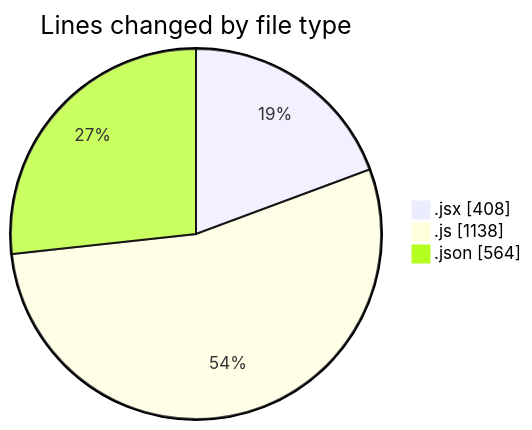
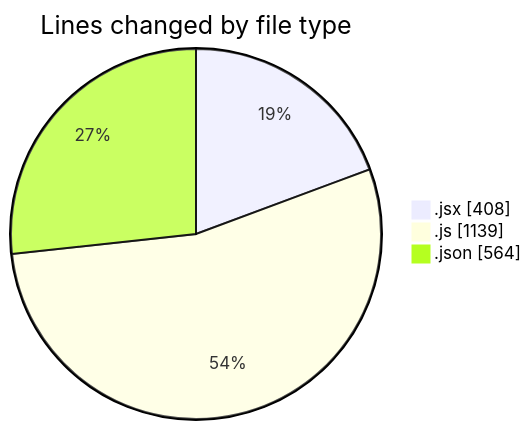
Before and after one commit to nxtqubesakshisongat/code-tracking: the first of 2 diagrams in 2025-06-27/nxtqube_webapp/README.md, drawn with Mermaid. The commit also changed other lines of this file and 1 other file, not shown here.

````diff
--- a/2025-06-27/nxtqube_webapp/README.md
+++ b/2025-06-27/nxtqube_webapp/README.md
@@ -26,7 +26,7 @@
 ```mermaid
 pie showData
 title Lines changed by file type
 ".jsx" : 408
-".js" : 1138
+".js" : 1139
 ".json" : 564
 ```
````
